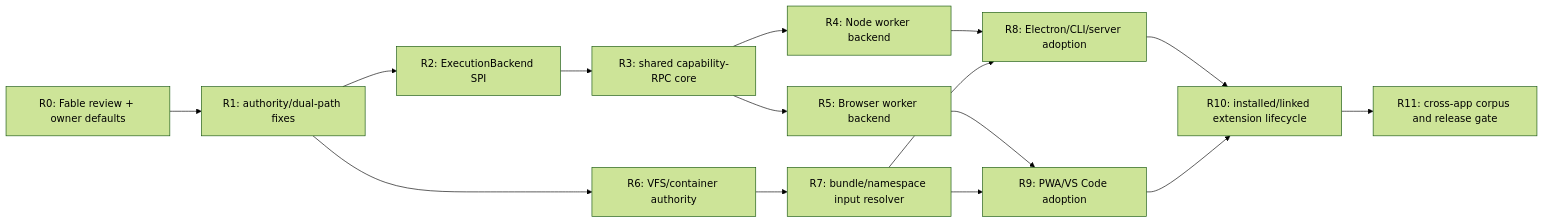
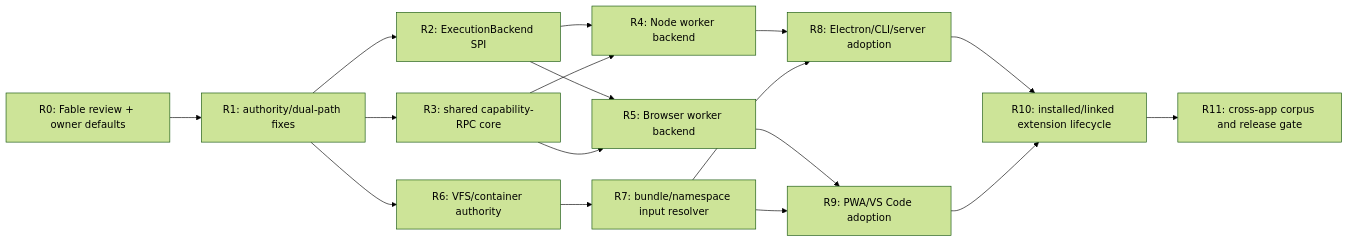
The diagram in PLAN_NEXT_A2_A3_WORKER_VFS_APPS_2026-08-18.md (hometlt/ModKit), drawn with Mermaid (forest theme) before and after one commit. The commit also changed other lines of this file and 1 other file, not shown here.

````diff
--- a/PLAN_NEXT_A2_A3_WORKER_VFS_APPS_2026-08-18.md
+++ b/PLAN_NEXT_A2_A3_WORKER_VFS_APPS_2026-08-18.md
@@ -76,17 +76,19 @@
 ```mermaid
 flowchart LR
   R["R0: Fable review + owner defaults"] --> H["R1: authority/dual-path fixes"]
   H --> E["R2: ExecutionBackend SPI"]
-  E --> P["R3: shared capability-RPC core"]
+  H --> P["R3: shared capability-RPC core"]
+  E --> N
+  E --> B
   P --> N["R4: Node worker backend"]
   P --> B["R5: Browser worker backend"]
   H --> V["R6: VFS/container authority"]
   V --> I["R7: bundle/namespace input resolver"]
   N --> A["R8: Electron/CLI/server adoption"]
   B --> W["R9: PWA/VS Code adoption"]
   I --> A
   I --> W
   A --> X["R10: installed/linked extension lifecycle"]
   W --> X
   X --> C["R11: cross-app corpus and release gate"]
 ```
````
